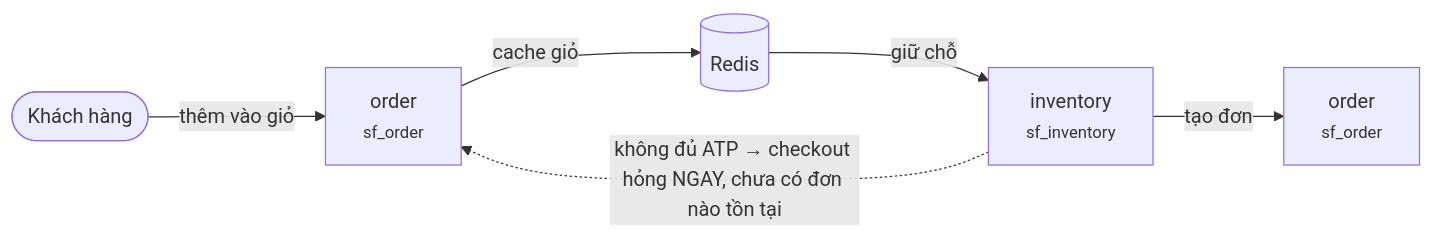
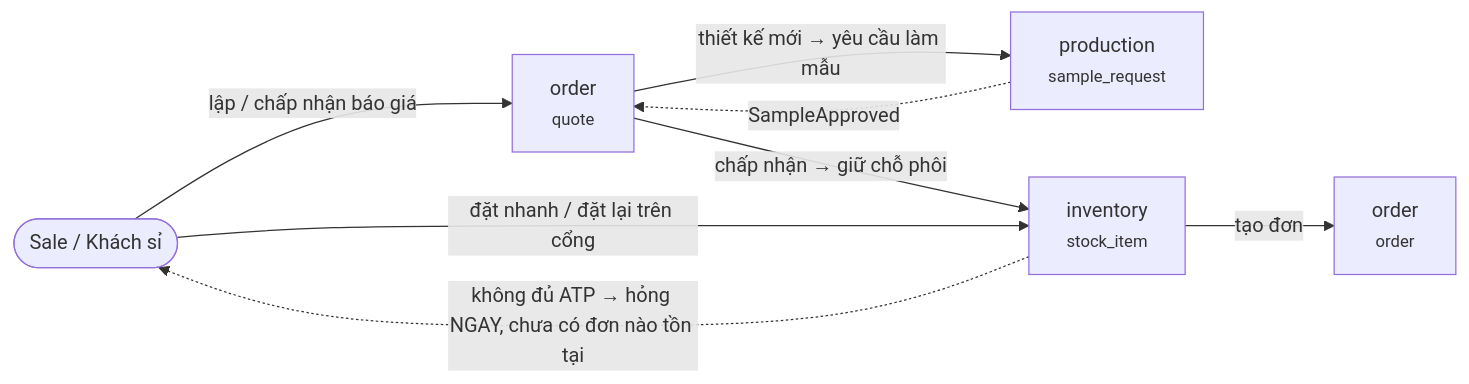
Before and after one commit to KLTN-FA26/be-backoffice-stockflow-commerce: the eighth of 28 diagrams in docs/business-design/04c-all-flows.md, drawn with Mermaid. The commit also changed other lines of this file and 14 other files, not shown here.

First line of the commit message:
docs: B2B-only scope, printed cups & packaging, production and subcontracting flows (SCRUM-421)

````diff
--- a/docs/business-design/04c-all-flows.md
+++ b/docs/business-design/04c-all-flows.md
@@ -316,13 +321,15 @@
 ```mermaid
 flowchart LR
-    N0(["Khách hàng"])
-    N1["order<br><small>sf_order</small>"]
-    N2[("Redis")]
-    N3["inventory<br><small>sf_inventory</small>"]
-    N4["order<br><small>sf_order</small>"]
-    N0 -->|"thêm vào giỏ"| N1
-    N1 -->|"cache giỏ"| N2
-    N2 -->|"giữ chỗ"| N3
+    N0(["Sale / Khách sỉ"])
+    N1["order<br><small>quote</small>"]
+    N2["production<br><small>sample_request</small>"]
+    N3["inventory<br><small>stock_item</small>"]
+    N4["order<br><small>order</small>"]
+    N0 -->|"lập / chấp nhận báo giá"| N1
+    N1 -->|"thiết kế mới → yêu cầu làm mẫu"| N2
+    N2 -.->|"SampleApproved"| N1
+    N1 -->|"chấp nhận → giữ chỗ phôi"| N3
+    N0 -->|"đặt nhanh / đặt lại trên cổng"| N3
     N3 -->|"tạo đơn"| N4
-    N3 -.->|"không đủ ATP → checkout hỏng NGAY, chưa có đơn nào tồn tại"| N1
+    N3 -.->|"không đủ ATP → hỏng NGAY, chưa có đơn nào tồn tại"| N0
 ```
````
